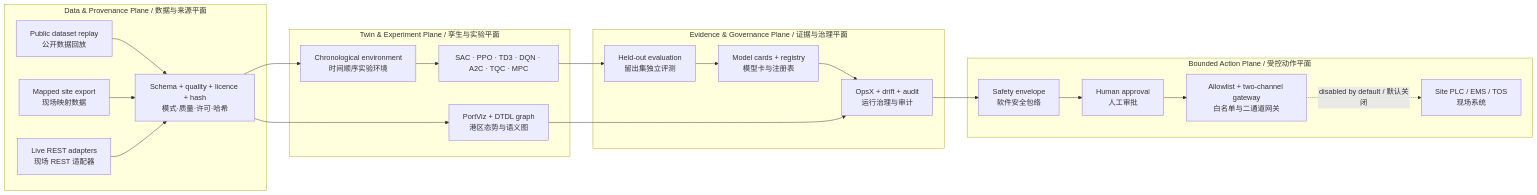
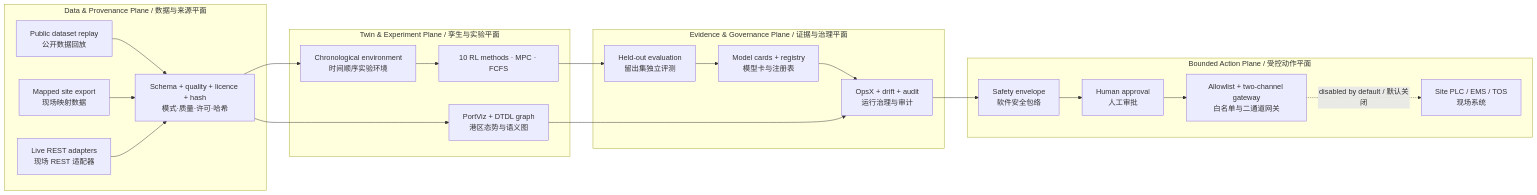
The diagram in README.md (wenjiayi123/port-dt-multi), drawn with Mermaid before and after one commit. The commit also changed other lines of this file and 455 other files, not shown here.

````diff
--- a/README.md
+++ b/README.md
@@ -78,33 +147,33 @@
 ```mermaid
 flowchart LR
   subgraph D["Data & Provenance Plane / 数据与来源平面"]
     A1["Public dataset replay\n公开数据回放"]
     A2["Mapped site export\n现场映射数据"]
     A3["Live REST adapters\n现场 REST 适配器"]
     Q["Schema + quality + licence + hash\n模式·质量·许可·哈希"]
     A1 --> Q
     A2 --> Q
     A3 --> Q
   end
   subgraph T["Twin & Experiment Plane / 孪生与实验平面"]
     V["PortViz + DTDL graph\n港区态势与语义图"]
     E["Chronological environment\n时间顺序实验环境"]
-    C["SAC · PPO · TD3 · DQN · A2C · TQC · MPC"]
+    C["10 RL methods · MPC · FCFS"]
     Q --> V
     Q --> E --> C
   end
   subgraph G["Evidence & Governance Plane / 证据与治理平面"]
     H["Held-out evaluation\n留出集独立评测"]
     R["Model cards + registry\n模型卡与注册表"]
     O["OpsX + drift + audit\n运行治理与审计"]
     C --> H --> R --> O
     V --> O
   end
   subgraph X["Bounded Action Plane / 受控动作平面"]
     S["Safety envelope\n软件安全包络"]
     M["Human approval\n人工审批"]
     W["Allowlist + two-channel gateway\n白名单与二通道网关"]
     P["Site PLC / EMS / TOS\n现场系统"]
     O --> S --> M --> W -. "disabled by default / 默认关闭" .-> P
   end
 ```
````
